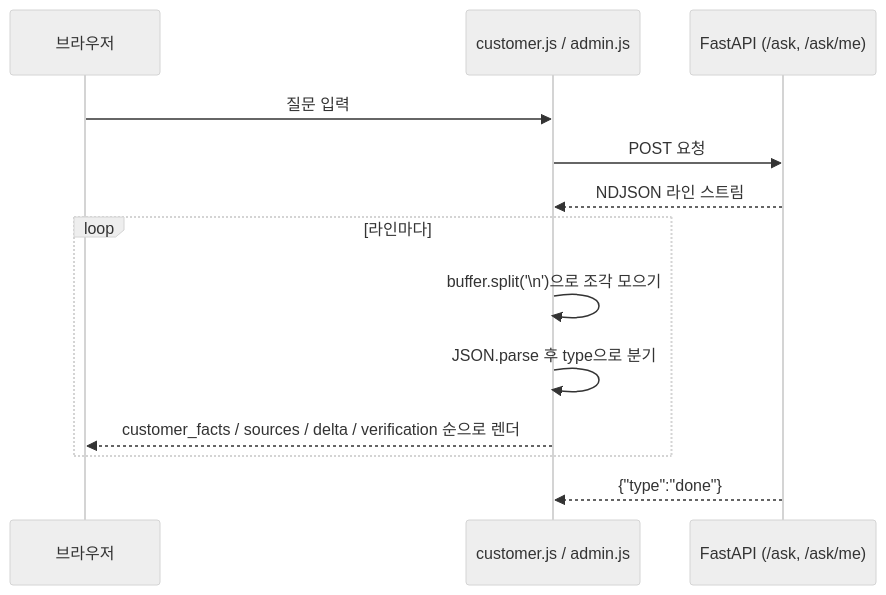
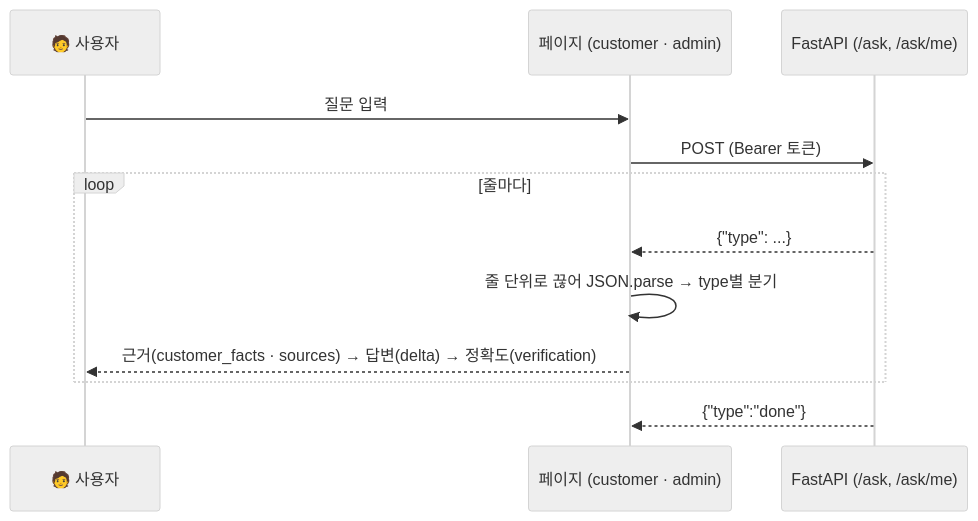
Before and after one commit to TodayWhatDish/dev-web: the second of 2 diagrams in README.md, drawn with Mermaid (neutral theme). The commit also changed other lines of this file and 1 other file, not shown here.

````diff
--- a/README.md
+++ b/README.md
@@ -45,16 +103,14 @@
 ```mermaid
 sequenceDiagram
-    participant U as 브라우저
-    participant F as customer.js / admin.js
+    participant U as 🧑 사용자
+    participant P as 페이지 (customer · admin)
     participant S as FastAPI (/ask, /ask/me)
-
-    U->>F: 질문 입력
-    F->>S: POST 요청
-    S-->>F: NDJSON 라인 스트림
-    loop 라인마다
-        F->>F: buffer.split('\n')으로 조각 모으기
-        F->>F: JSON.parse 후 type으로 분기
-        F-->>U: customer_facts / sources / delta / verification 순으로 렌더
+    U->>P: 질문 입력
+    P->>S: POST (Bearer 토큰)
+    loop 줄마다
+        S-->>P: {"type": ...}
+        P->>P: 줄 단위로 끊어 JSON.parse → type별 분기
+        P-->>U: 근거(customer_facts · sources) → 답변(delta) → 정확도(verification)
     end
-    S-->>F: {"type":"done"}
+    S-->>P: {"type":"done"}
 ```
````
